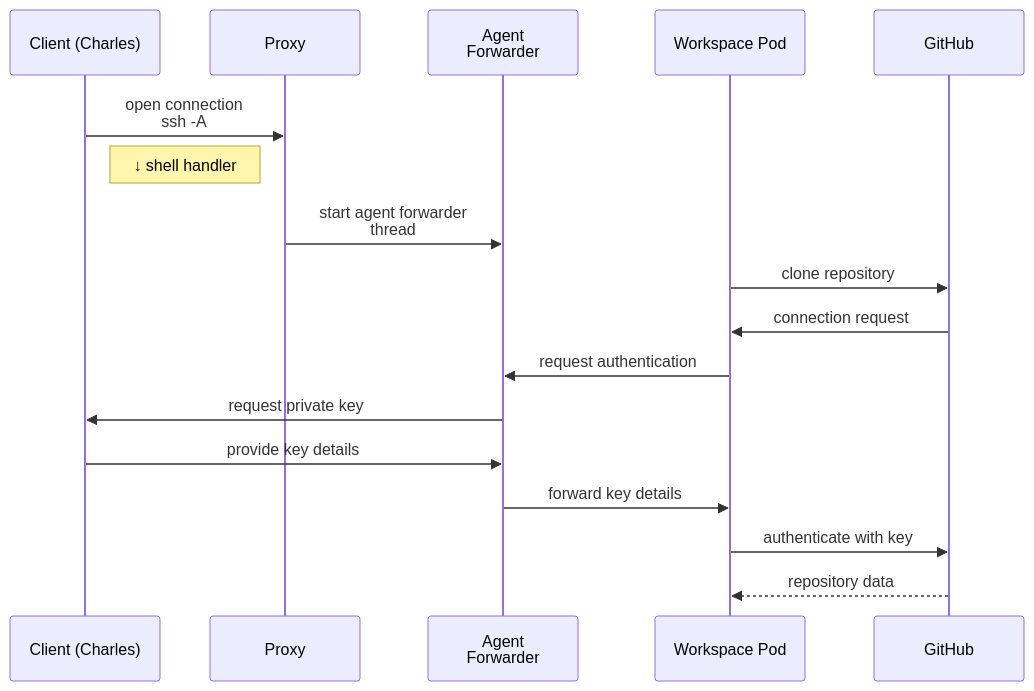
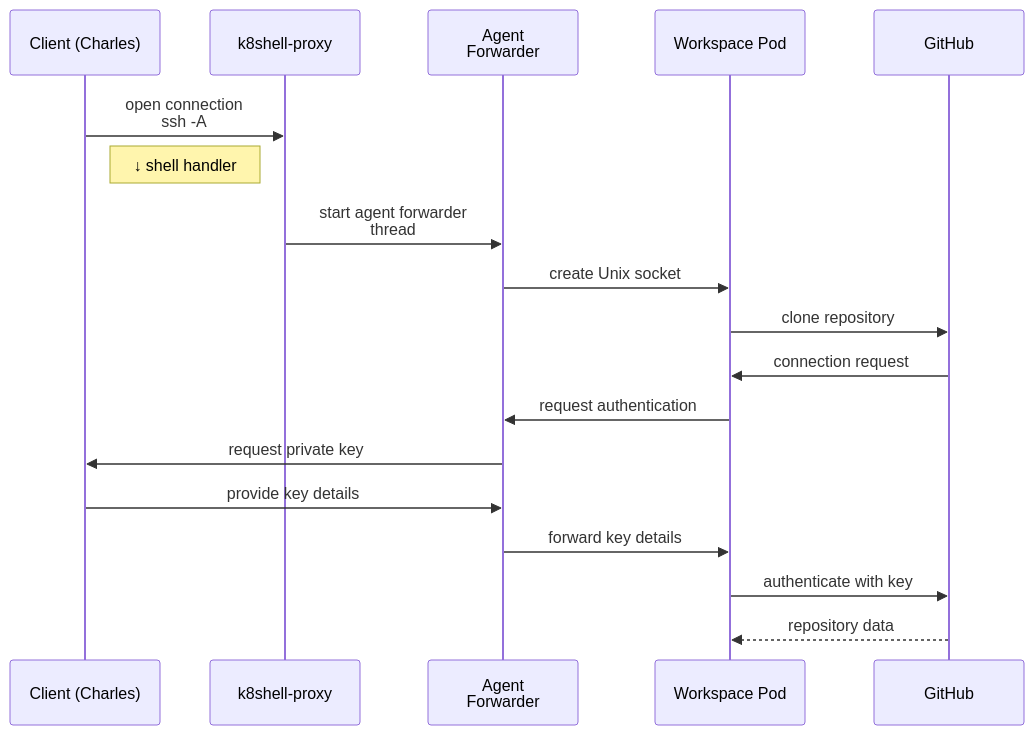
Before and after one commit to k8shell-io/docs: the fourth of 4 diagrams in architecture/communication.md, drawn with Mermaid. The commit also changed other lines of this file, not shown here.

````diff
--- a/architecture/communication.md
+++ b/architecture/communication.md
@@ -141,21 +145,22 @@
 ```{mermaid}
 :config: { "theme": "neutral", "mirrorActors": false, "height": 50, "showSequenceNumbers": true, "width": 150, "fontSize": 22 }
 sequenceDiagram
     participant C as Client (Charles)
-    participant P as Proxy
+    participant P as k8shell-proxy
     participant AF as Agent<br/>Forwarder
     participant W as Workspace Pod
     participant G as GitHub
 
     C->>P: open connection<br/>ssh -A
     note right of C: ↓ shell handler
     P->>AF: start agent forwarder<br>thread
+    AF->>W: create Unix socket
     W->>G: clone repository 
     G->>W: connection request
     W->>AF: request authentication 
     AF->>C: request private key
     C->>AF: provide key details
     AF->>W: forward key details 
     W->>G: authenticate with key
     G-->>W: repository data
 ```
````
